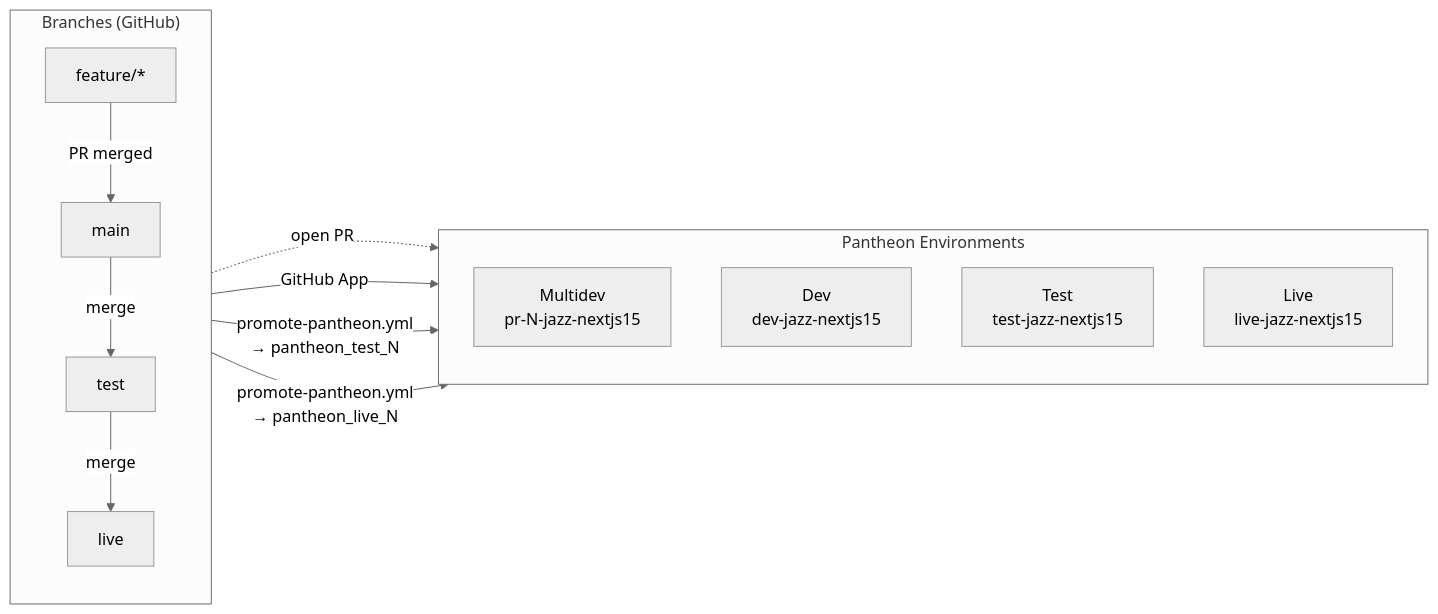
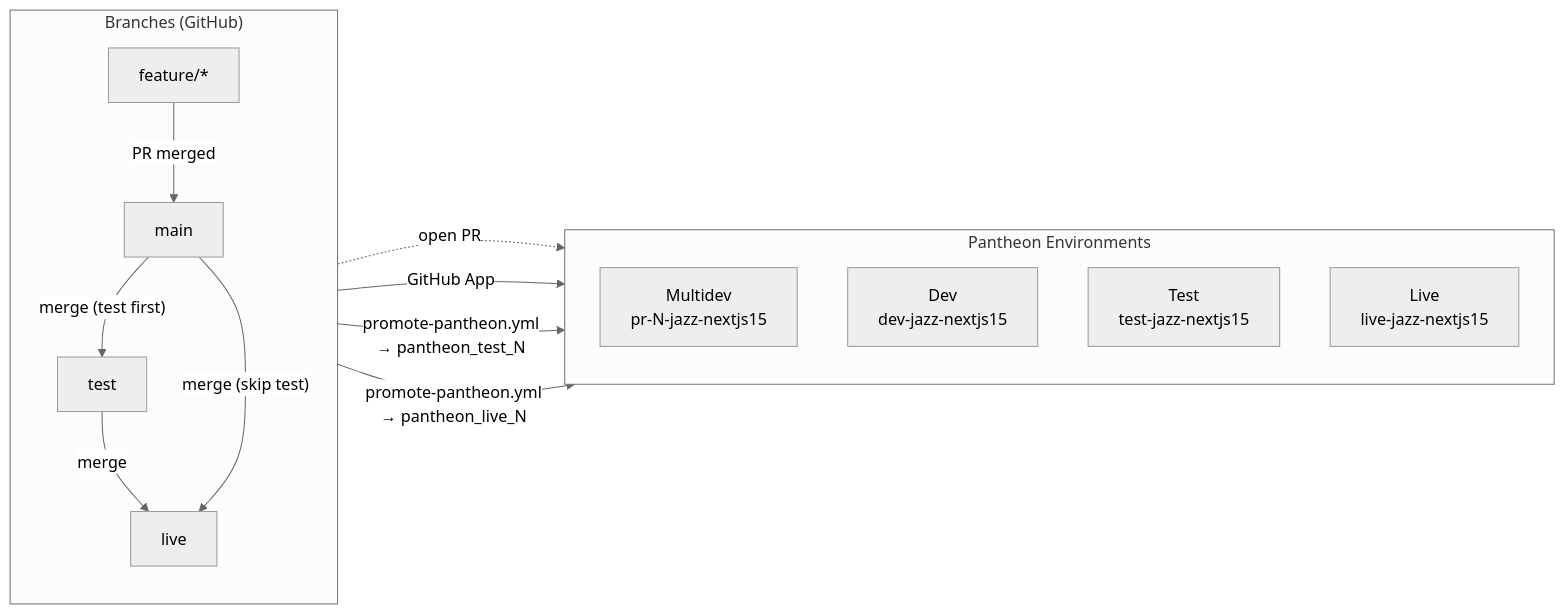
Before and after one commit to jazzsequence/jazz-nextjs: the diagram in README.md, drawn with Mermaid (neutral theme). The commit also changed other lines of this file, not shown here.

Commit message:
docs: update deployment flow diagram to reflect tag-based non-linear promotion

````diff
--- a/README.md
+++ b/README.md
@@ -267,26 +267,27 @@
 ```mermaid
 flowchart LR
     subgraph branches["Branches (GitHub)"]
         direction TB
         F["feature/*"]
         M["main"]
         T["test"]
         L["live"]
         F -->|"PR merged"| M
-        M -->|"merge"| T
+        M -->|"merge (test first)"| T
         T -->|"merge"| L
+        M -->|"merge (skip test)"| L
     end
 
     subgraph pantheon["Pantheon Environments"]
         direction TB
         PR["Multidev\npr-N-jazz-nextjs15"]
         DEV["Dev\ndev-jazz-nextjs15"]
         TEST["Test\ntest-jazz-nextjs15"]
         LIVE["Live\nlive-jazz-nextjs15"]
     end
 
     F -.->|"open PR"| PR
     M -->|"GitHub App"| DEV
     T -->|"promote-pantheon.yml\n→ pantheon_test_N"| TEST
     L -->|"promote-pantheon.yml\n→ pantheon_live_N"| LIVE
 ```
````
